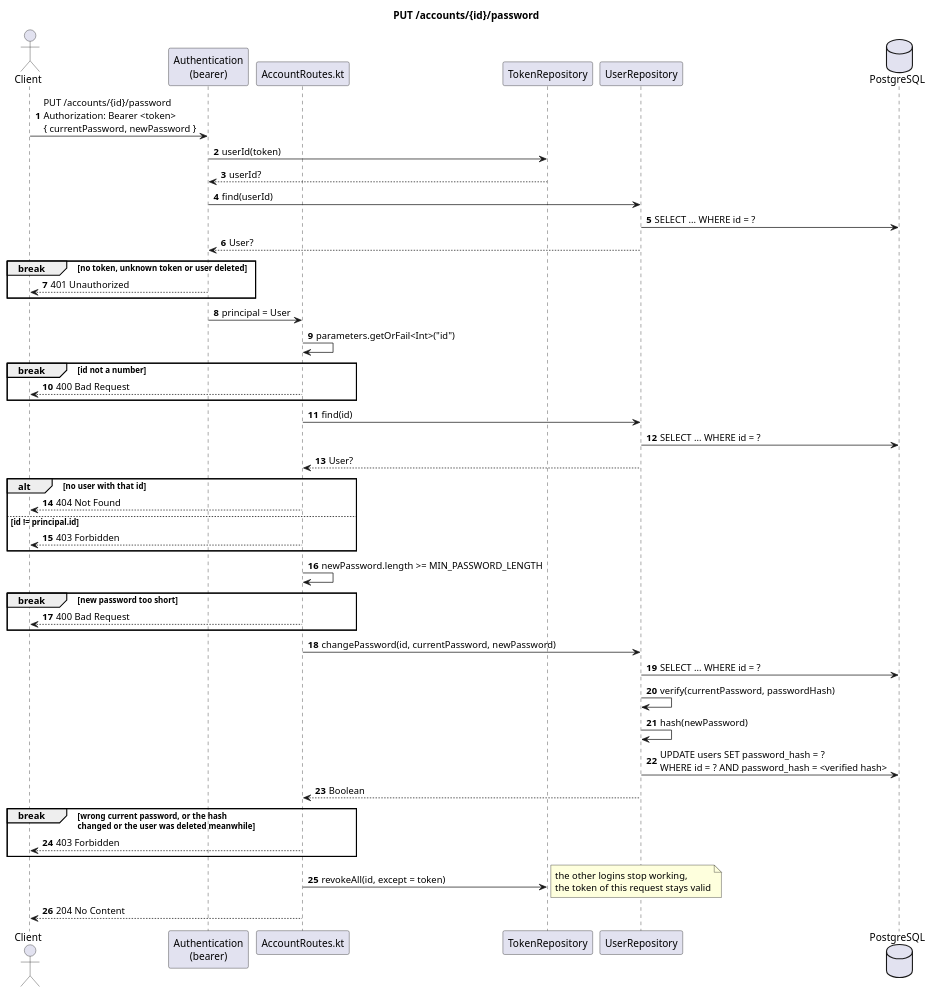
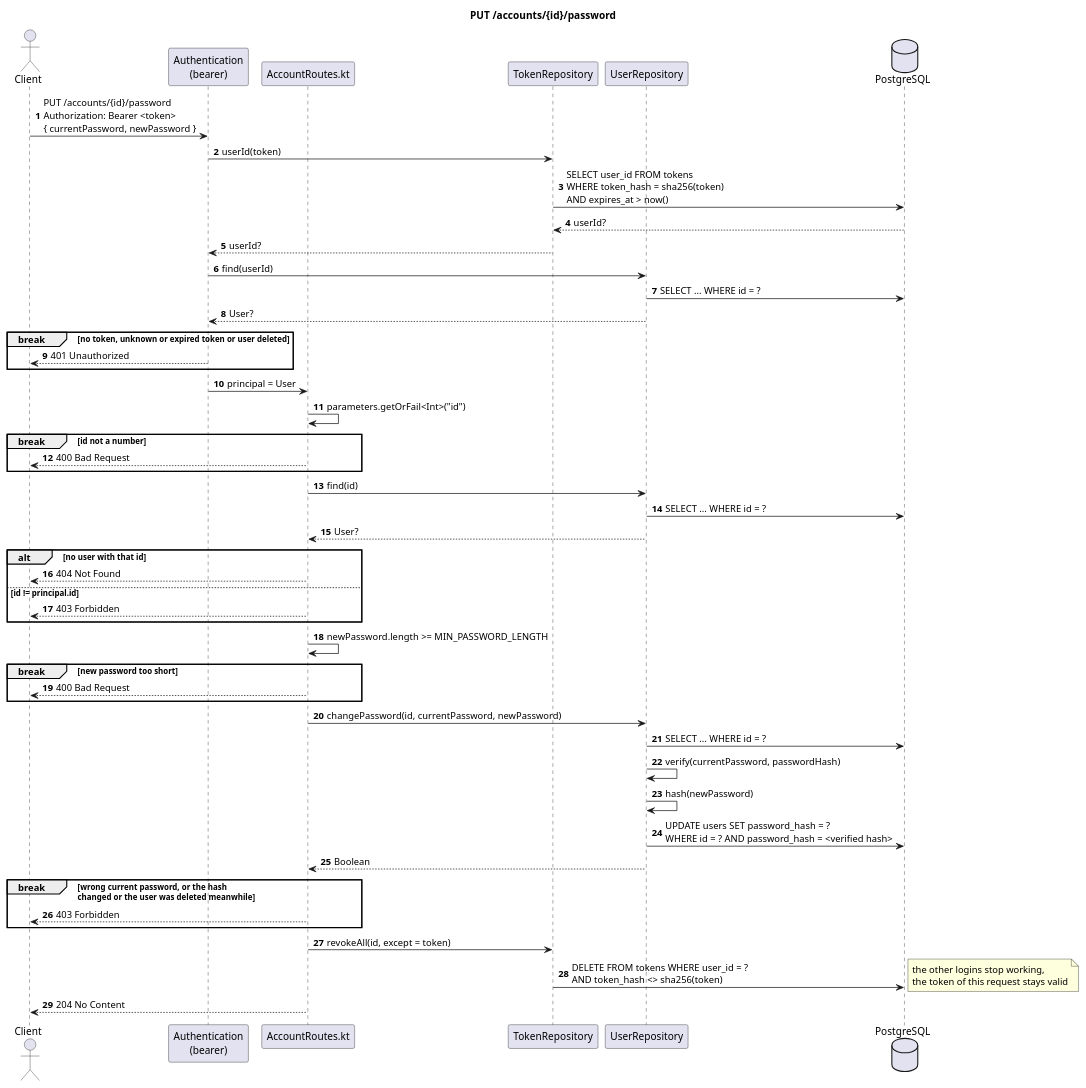
The diagram in docs/diagrams/sequence-change-password.puml (Rent-a-car-38291/rent-a-car), drawn with PlantUML before and after one commit. The commit also changed 29 other files, not shown here.

```diff
--- a/docs/diagrams/sequence-change-password.puml
+++ b/docs/diagrams/sequence-change-password.puml
@@ -1,56 +1,59 @@
 @startuml
 title PUT /accounts/{id}/password
 autonumber
 
 actor Client
 participant "Authentication\n(bearer)" as Auth
 participant "AccountRoutes.kt" as Route
 participant TokenRepository
 participant UserRepository
 database PostgreSQL
 
 Client -> Auth : PUT /accounts/{id}/password\nAuthorization: Bearer <token>\n{ currentPassword, newPassword }
 Auth -> TokenRepository : userId(token)
+TokenRepository -> PostgreSQL : SELECT user_id FROM tokens\nWHERE token_hash = sha256(token)\nAND expires_at > now()
+PostgreSQL --> TokenRepository : userId?
 TokenRepository --> Auth : userId?
 Auth -> UserRepository : find(userId)
 UserRepository -> PostgreSQL : SELECT ... WHERE id = ?
 UserRepository --> Auth : User?
-break no token, unknown token or user deleted
+break no token, unknown or expired token or user deleted
   Auth --> Client : 401 Unauthorized
 end
 Auth -> Route : principal = User
 
 Route -> Route : parameters.getOrFail<Int>("id")
 break id not a number
   Route --> Client : 400 Bad Request
 end
 
 Route -> UserRepository : find(id)
 UserRepository -> PostgreSQL : SELECT ... WHERE id = ?
 UserRepository --> Route : User?
 alt no user with that id
   Route --> Client : 404 Not Found
 else id != principal.id
   Route --> Client : 403 Forbidden
 end
 
 Route -> Route : newPassword.length >= MIN_PASSWORD_LENGTH
 break new password too short
   Route --> Client : 400 Bad Request
 end
 
 Route -> UserRepository : changePassword(id, currentPassword, newPassword)
 UserRepository -> PostgreSQL : SELECT ... WHERE id = ?
 UserRepository -> UserRepository : verify(currentPassword, passwordHash)
 UserRepository -> UserRepository : hash(newPassword)
 UserRepository -> PostgreSQL : UPDATE users SET password_hash = ?\nWHERE id = ? AND password_hash = <verified hash>
 UserRepository --> Route : Boolean
 break wrong current password, or the hash\nchanged or the user was deleted meanwhile
   Route --> Client : 403 Forbidden
 end
 
 Route -> TokenRepository : revokeAll(id, except = token)
+TokenRepository -> PostgreSQL : DELETE FROM tokens WHERE user_id = ?\nAND token_hash <> sha256(token)
 note right : the other logins stop working,\nthe token of this request stays valid
 Route --> Client : 204 No Content
 
 @enduml
```
